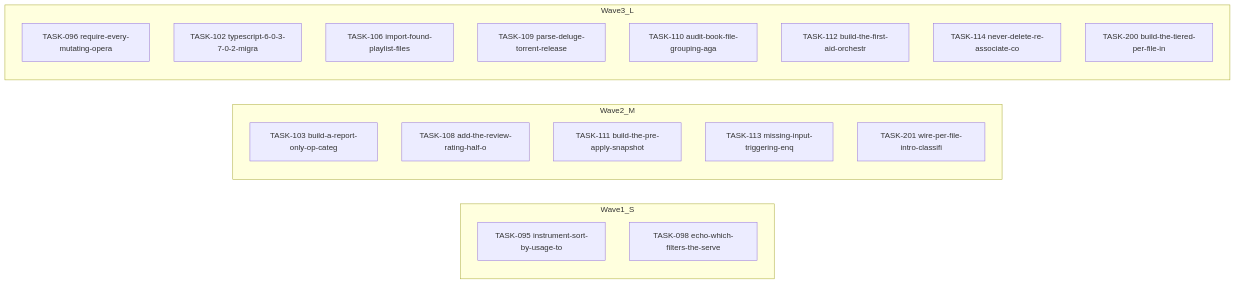
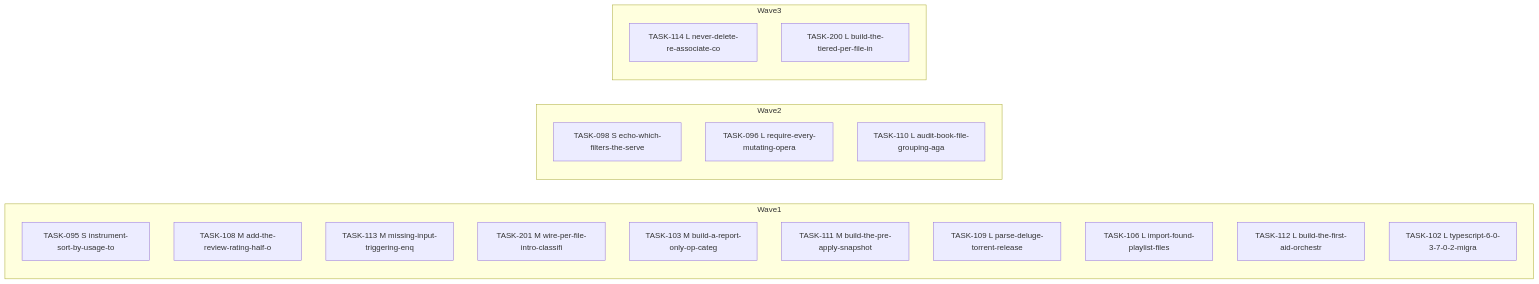
Before and after one commit to falkcorp/audiobook-organizer: the diagram in docs/agent-tasks/todo-completion-2026-09/missing-file-lane/orchestration.md, drawn with Mermaid. The commit also changed other lines of this file and 270 other files, not shown here.

````diff
--- a/docs/agent-tasks/todo-completion-2026-09/missing-file-lane/orchestration.md
+++ b/docs/agent-tasks/todo-completion-2026-09/missing-file-lane/orchestration.md
@@ -10,24 +10,24 @@
 ```mermaid
 flowchart LR
-    subgraph Wave1_S
-      TASK095[TASK-095 instrument-sort-by-usage-to]
-      TASK098[TASK-098 echo-which-filters-the-serve]
+    subgraph Wave1
+      TASK095[TASK-095 S instrument-sort-by-usage-to]
+      TASK108[TASK-108 M add-the-review-rating-half-o]
+      TASK113[TASK-113 M missing-input-triggering-enq]
+      TASK201[TASK-201 M wire-per-file-intro-classifi]
+      TASK103[TASK-103 M build-a-report-only-op-categ]
+      TASK111[TASK-111 M build-the-pre-apply-snapshot]
+      TASK109[TASK-109 L parse-deluge-torrent-release]
+      TASK106[TASK-106 L import-found-playlist-files]
+      TASK112[TASK-112 L build-the-first-aid-orchestr]
+      TASK102[TASK-102 L typescript-6-0-3-7-0-2-migra]
     end
-    subgraph Wave2_M
-      TASK103[TASK-103 build-a-report-only-op-categ]
-      TASK108[TASK-108 add-the-review-rating-half-o]
-      TASK111[TASK-111 build-the-pre-apply-snapshot]
-      TASK113[TASK-113 missing-input-triggering-enq]
-      TASK201[TASK-201 wire-per-file-intro-classifi]
+    subgraph Wave2
+      TASK098[TASK-098 S echo-which-filters-the-serve]
+      TASK096[TASK-096 L require-every-mutating-opera]
+      TASK110[TASK-110 L audit-book-file-grouping-aga]
     end
-    subgraph Wave3_L
-      TASK096[TASK-096 require-every-mutating-opera]
-      TASK102[TASK-102 typescript-6-0-3-7-0-2-migra]
-      TASK106[TASK-106 import-found-playlist-files]
-      TASK109[TASK-109 parse-deluge-torrent-release]
-      TASK110[TASK-110 audit-book-file-grouping-aga]
-      TASK112[TASK-112 build-the-first-aid-orchestr]
-      TASK114[TASK-114 never-delete-re-associate-co]
-      TASK200[TASK-200 build-the-tiered-per-file-in]
+    subgraph Wave3
+      TASK114[TASK-114 L never-delete-re-associate-co]
+      TASK200[TASK-200 L build-the-tiered-per-file-in]
     end
 ```
````
